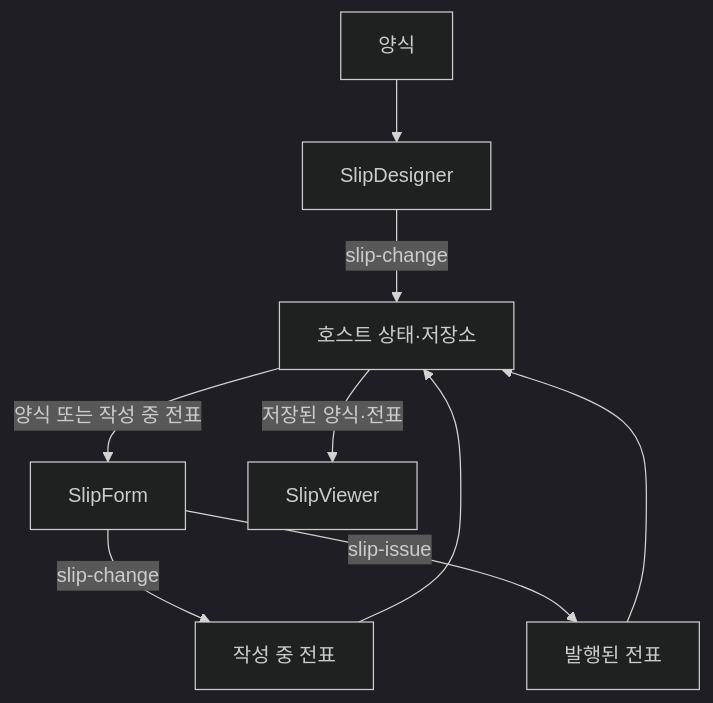
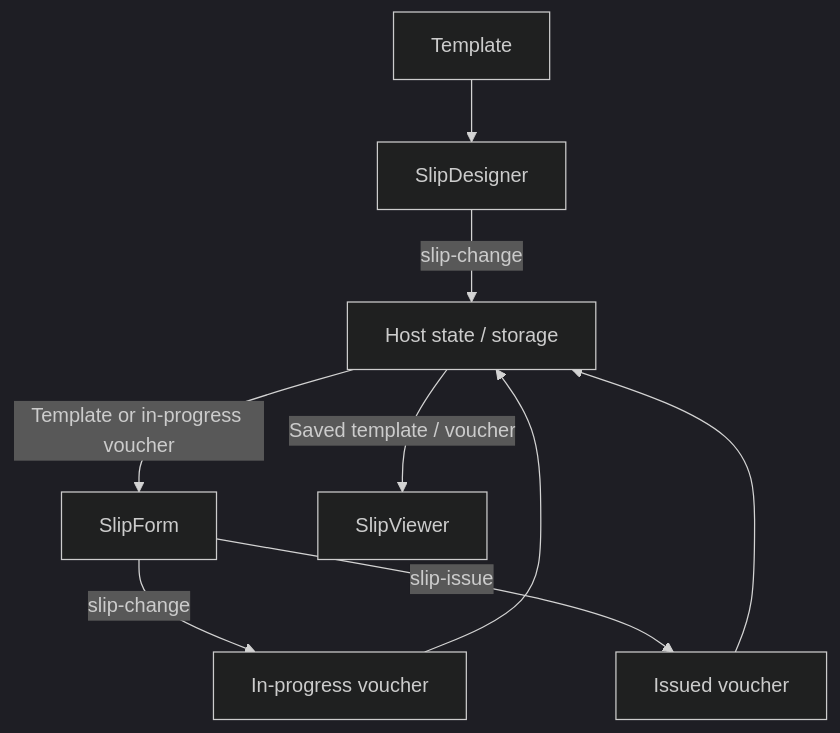
The diagram in docs/guide/integration.md (open-my-dev-com/drawing-report), drawn with Mermaid (dark theme) before and after one commit. The commit also changed other lines of this file and 52 other files, not shown here.

````diff
--- a/docs/guide/integration.md
+++ b/docs/guide/integration.md
@@ -25,11 +25,11 @@
 ```mermaid
 flowchart TD
-    A["양식"] --> B["SlipDesigner"]
-    B -->|"slip-change"| C["호스트 상태·저장소"]
-    C -->|"양식 또는 작성 중 전표"| D["SlipForm"]
-    D -->|"slip-change"| E["작성 중 전표"]
-    D -->|"slip-issue"| F["발행된 전표"]
+    A["Template"] --> B["SlipDesigner"]
+    B -->|"slip-change"| C["Host state / storage"]
+    C -->|"Template or in-progress voucher"| D["SlipForm"]
+    D -->|"slip-change"| E["In-progress voucher"]
+    D -->|"slip-issue"| F["Issued voucher"]
     E --> C
     F --> C
-    C -->|"저장된 양식·전표"| G["SlipViewer"]
+    C -->|"Saved template / voucher"| G["SlipViewer"]
 ```
````
